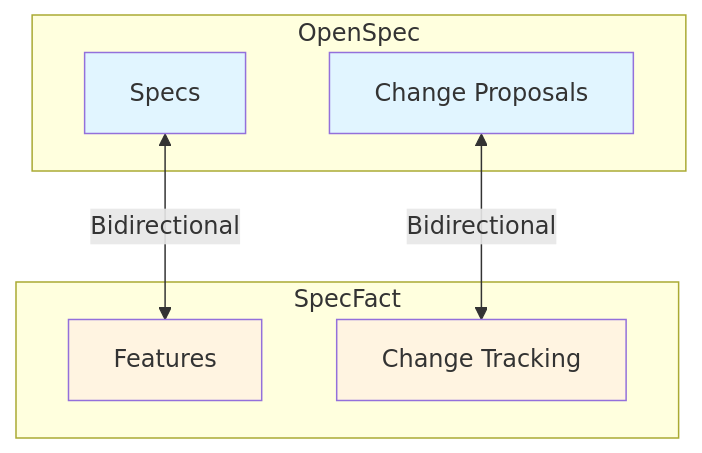
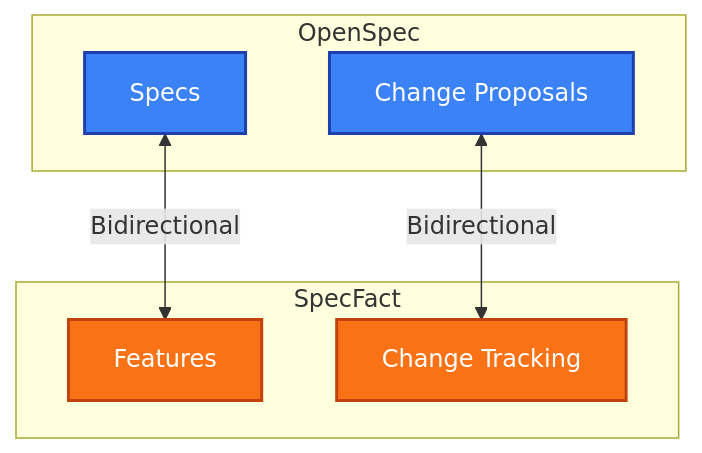
One commit to nold-ai/specfact-cli changed the fourth of 5 diagrams in docs/guides/openspec-journey.md. Above: the diagram before and after it, drawn with Mermaid.

Commit message:
docs: update bidirectional sync visual flow diagram colors
- Update Bidirectional Sync Visual Flow diagram with modern colors
- OpenSpec: Blue (#3b82f6) with dark stroke
- SpecFact: Orange (#f97316) with dark stroke
- Add white text color for better readability
- All Visual Flow diagrams now use consistent color scheme

````diff
--- a/docs/guides/openspec-journey.md
+++ b/docs/guides/openspec-journey.md
@@ -277,20 +277,20 @@
 ```mermaid
 graph TB
     subgraph "OpenSpec"
         OS1[Specs]
         OS2[Change Proposals]
     end
     
     subgraph "SpecFact"
         SF1[Features]
         SF2[Change Tracking]
     end
     
     OS1 <-->|Bidirectional| SF1
     OS2 <-->|Bidirectional| SF2
     
-    style OS1 fill:#e1f5ff
-    style OS2 fill:#e1f5ff
-    style SF1 fill:#fff4e1
-    style SF2 fill:#fff4e1
+    style OS1 fill:#3b82f6,stroke:#1e40af,stroke-width:2px,color:#fff
+    style OS2 fill:#3b82f6,stroke:#1e40af,stroke-width:2px,color:#fff
+    style SF1 fill:#f97316,stroke:#c2410c,stroke-width:2px,color:#fff
+    style SF2 fill:#f97316,stroke:#c2410c,stroke-width:2px,color:#fff
 ```
````
